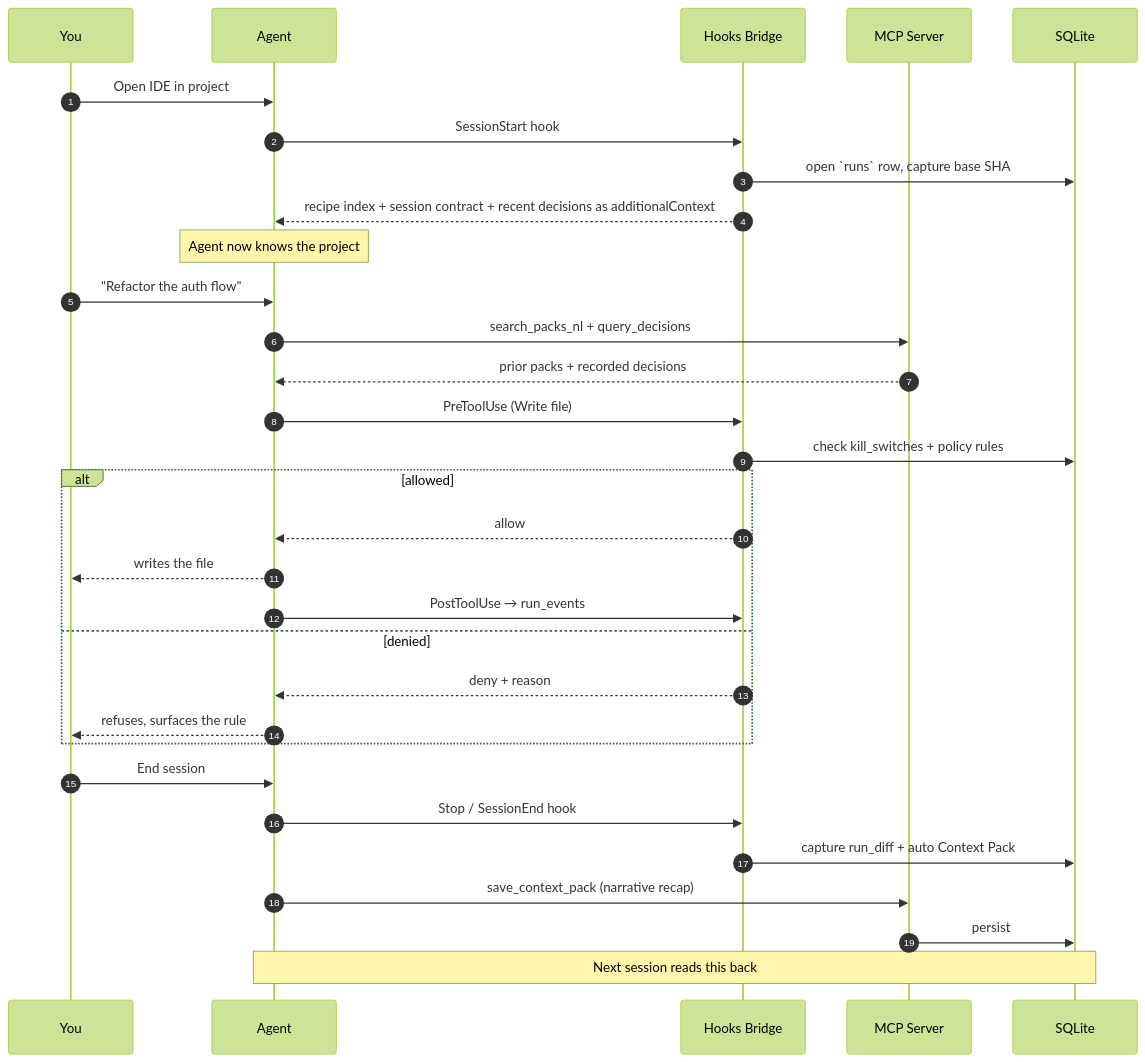
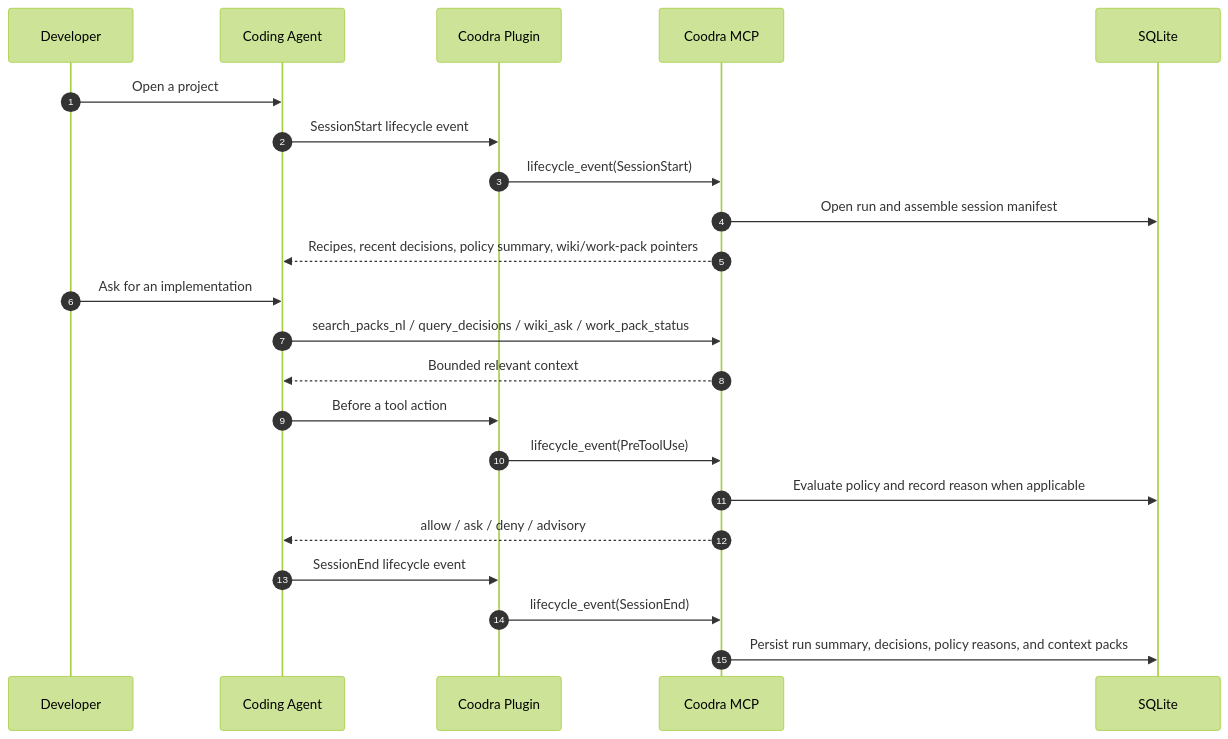
The second of 2 diagrams in README.md (matrix-maven/Coodra), drawn with Mermaid (forest theme) before and after one commit. The commit also changed other lines of this file and 5 other files, not shown here.

````diff
--- a/README.md
+++ b/README.md
@@ -85,37 +93,28 @@
 ```mermaid
 sequenceDiagram
   autonumber
-  participant U as You
-  participant A as Agent
-  participant H as Hooks Bridge
-  participant M as MCP Server
+  participant U as Developer
+  participant A as Coding Agent
+  participant P as Coodra Plugin
+  participant M as Coodra MCP
   participant D as SQLite
 
-  U->>A: Open IDE in project
-  A->>H: SessionStart hook
-  H->>D: open `runs` row, capture base SHA
-  H-->>A: recipe index + session contract + recent decisions as additionalContext
-  Note over A: Agent now knows the project
+  U->>A: Open a project
+  A->>P: SessionStart lifecycle event
+  P->>M: lifecycle_event(SessionStart)
+  M->>D: Open run and assemble session manifest
+  M-->>A: Recipes, recent decisions, policy summary, wiki/work-pack pointers
 
-  U->>A: "Refactor the auth flow"
-  A->>M: search_packs_nl + query_decisions
-  M-->>A: prior packs + recorded decisions
+  U->>A: Ask for an implementation
+  A->>M: search_packs_nl / query_decisions / wiki_ask / work_pack_status
+  M-->>A: Bounded relevant context
 
-  A->>H: PreToolUse (Write file)
-  H->>D: check kill_switches + policy rules
-  alt allowed
-    H-->>A: allow
-    A-->>U: writes the file
-    A->>H: PostToolUse → run_events
-  else denied
-    H-->>A: deny + reason
-    A-->>U: refuses, surfaces the rule
-  end
+  A->>P: Before a tool action
+  P->>M: lifecycle_event(PreToolUse)
+  M->>D: Evaluate policy and record reason when applicable
+  M-->>A: allow / ask / deny / advisory
 
-  U->>A: End session
-  A->>H: Stop / SessionEnd hook
-  H->>D: capture run_diff + auto Context Pack
-  A->>M: save_context_pack (narrative recap)
-  M->>D: persist
-  Note over A,D: Next session reads this back
+  A->>P: SessionEnd lifecycle event
+  P->>M: lifecycle_event(SessionEnd)
+  M->>D: Persist run summary, decisions, policy reasons, and context packs
 ```
````
